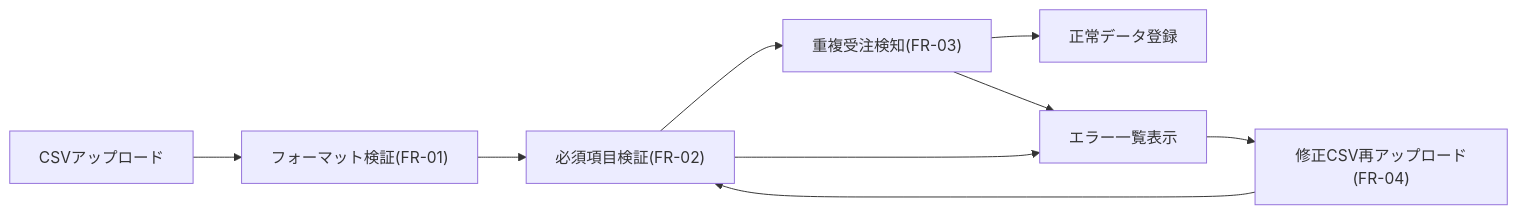
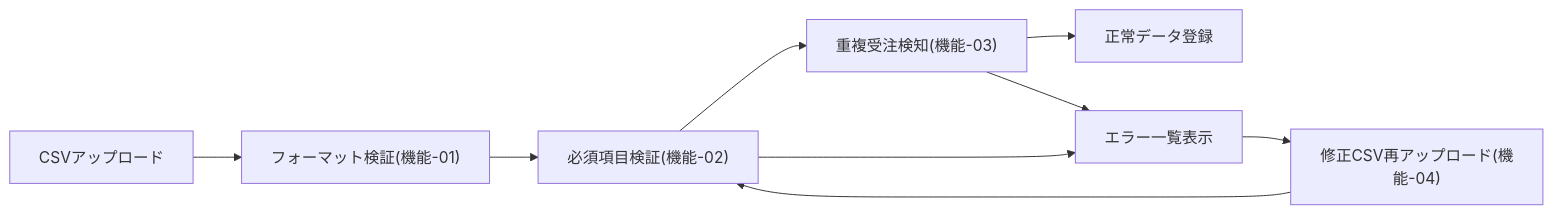
Before and after one commit to shioki/requirements-to-spec-template: the first of 2 diagrams in examples/order-management-sample.md, drawn with Mermaid. The commit also changed other lines of this file and 12 other files, not shown here.

````diff
--- a/examples/order-management-sample.md
+++ b/examples/order-management-sample.md
@@ -5,11 +5,11 @@
 ```mermaid
 flowchart LR
-  uploadCsv["CSVアップロード"] --> validateFormat["フォーマット検証(FR-01)"]
-  validateFormat --> requiredCheck["必須項目検証(FR-02)"]
-  requiredCheck --> duplicateCheck["重複受注検知(FR-03)"]
+  uploadCsv["CSVアップロード"] --> validateFormat["フォーマット検証(機能-01)"]
+  validateFormat --> requiredCheck["必須項目検証(機能-02)"]
+  requiredCheck --> duplicateCheck["重複受注検知(機能-03)"]
   duplicateCheck --> successRegister["正常データ登録"]
   requiredCheck --> errorList["エラー一覧表示"]
   duplicateCheck --> errorList
-  errorList --> reuploadCsv["修正CSV再アップロード(FR-04)"]
+  errorList --> reuploadCsv["修正CSV再アップロード(機能-04)"]
   reuploadCsv --> requiredCheck
 ```
````
